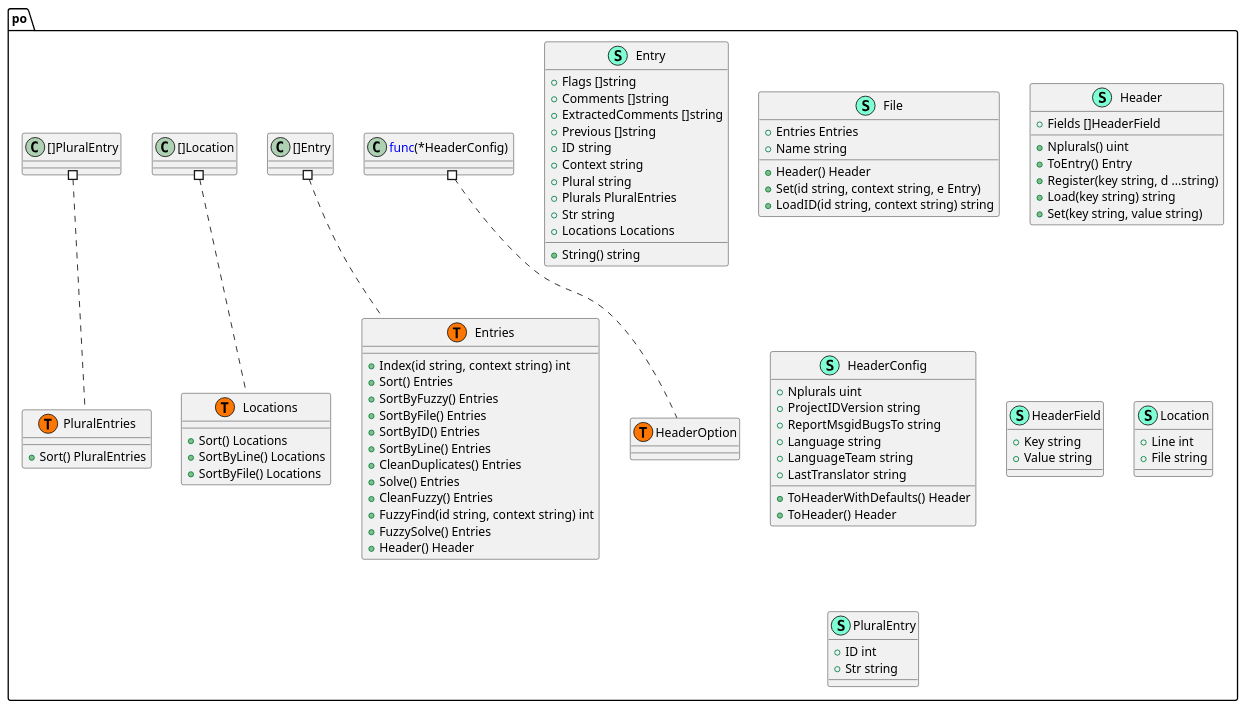
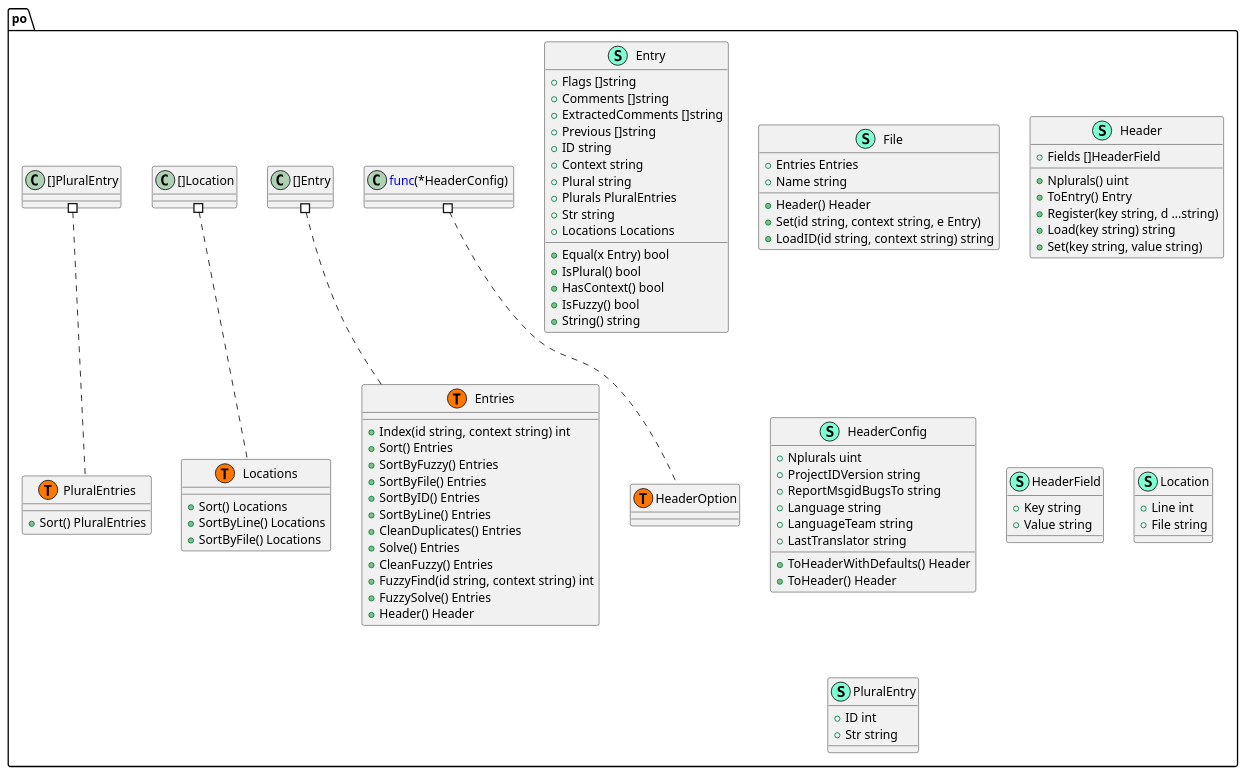
The diagram in pkg/po/structure.puml (Tom5521/gotext-tools), drawn with PlantUML before and after one commit. The commit also changed 9 other files, not shown here.

```diff
--- a/pkg/po/structure.puml
+++ b/pkg/po/structure.puml
@@ -1,104 +1,108 @@
 @startuml
 namespace po {
     class Entries << (S,Aquamarine) >> {
         + Index(id string, context string) int
         + Sort() Entries
         + SortByFuzzy() Entries
         + SortByFile() Entries
         + SortByID() Entries
         + SortByLine() Entries
         + CleanDuplicates() Entries
         + Solve() Entries
         + CleanFuzzy() Entries
         + FuzzyFind(id string, context string) int
         + FuzzySolve() Entries
         + Header() Header
 
     }
     class Entry << (S,Aquamarine) >> {
         + Flags []string
         + Comments []string
         + ExtractedComments []string
         + Previous []string
         + ID string
         + Context string
         + Plural string
         + Plurals PluralEntries
         + Str string
         + Locations Locations
 
+        + Equal(x Entry) bool
+        + IsPlural() bool
+        + HasContext() bool
+        + IsFuzzy() bool
         + String() string
 
     }
     class File << (S,Aquamarine) >> {
         + Entries Entries
         + Name string
 
         + Header() Header
         + Set(id string, context string, e Entry) 
         + LoadID(id string, context string) string
 
     }
     class Header << (S,Aquamarine) >> {
         + Fields []HeaderField
 
         + Nplurals() uint
         + ToEntry() Entry
         + Register(key string, d ...string) 
         + Load(key string) string
         + Set(key string, value string) 
 
     }
     class HeaderConfig << (S,Aquamarine) >> {
         + Nplurals uint
         + ProjectIDVersion string
         + ReportMsgidBugsTo string
         + Language string
         + LanguageTeam string
         + LastTranslator string
 
         + ToHeaderWithDefaults() Header
         + ToHeader() Header
 
     }
     class HeaderField << (S,Aquamarine) >> {
         + Key string
         + Value string
 
     }
     class Location << (S,Aquamarine) >> {
         + Line int
         + File string
 
     }
     class Locations << (S,Aquamarine) >> {
         + Sort() Locations
         + SortByLine() Locations
         + SortByFile() Locations
 
     }
     class PluralEntries << (S,Aquamarine) >> {
         + Sort() PluralEntries
 
     }
     class PluralEntry << (S,Aquamarine) >> {
         + ID int
         + Str string
 
     }
     class po.Entries << (T, #FF7700) >>  {
     }
     class po.HeaderOption << (T, #FF7700) >>  {
     }
     class po.Locations << (T, #FF7700) >>  {
     }
     class po.PluralEntries << (T, #FF7700) >>  {
     }
 }
 
 
 "po.<font color=blue>func</font>(*HeaderConfig) " #.. "po.HeaderOption"
 "po.[]Entry" #.. "po.Entries"
 "po.[]Location" #.. "po.Locations"
 "po.[]PluralEntry" #.. "po.PluralEntries"
 @enduml
```
